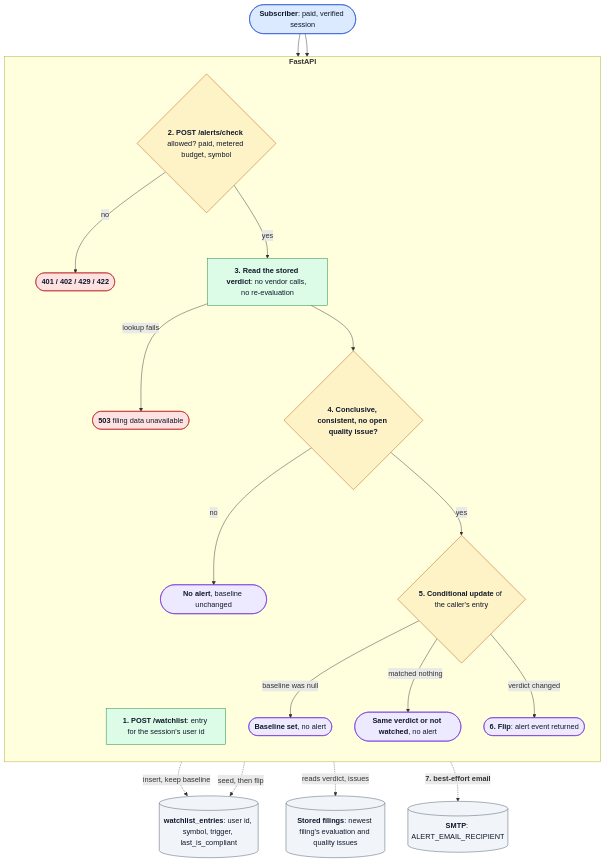
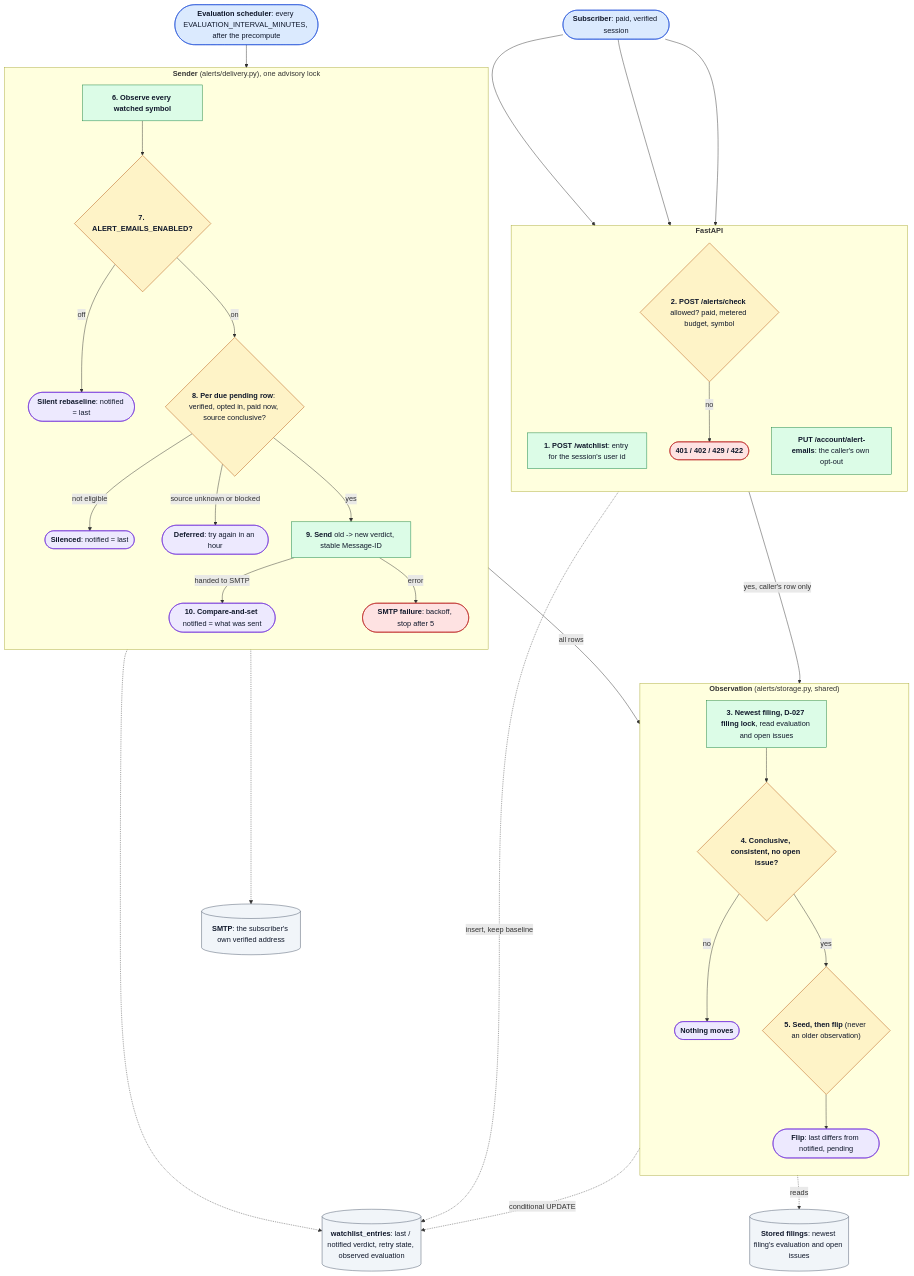
One commit to hamza-aziz-ai/HalalLens changed the tenth of 10 diagrams in docs/FLOW.md. Above: the diagram before and after it, drawn with Mermaid. The commit also changed other lines of this file and 36 other files, not shown here.

First line of the commit message:
feat(alerts): compliance-flip emails go to subscribers (#236)

````diff
--- a/docs/FLOW.md
+++ b/docs/FLOW.md
@@ -664,51 +664,76 @@
 ```mermaid
 flowchart TB
   C(["`**Subscriber**: paid, verified session`"])
-  WL[("`**watchlist_entries**: user id, symbol, trigger, last_is_compliant`")]
-  FIL[("`**Stored filings**: newest filing's evaluation and quality issues`")]
-  MAIL[("`**SMTP**: ALERT_EMAIL_RECIPIENT`")]
+  SCH(["`**Evaluation scheduler**: every EVALUATION_INTERVAL_MINUTES, after the precompute`"])
+  WL[("`**watchlist_entries**: last / notified verdict, retry state, observed evaluation`")]
+  FIL[("`**Stored filings**: newest filing's evaluation and open issues`")]
+  MAIL[("`**SMTP**: the subscriber's own verified address`")]
+
+  subgraph OBS["`**Observation** (alerts/storage.py, shared)`"]
+    direction TB
+    LOCK["`**3. Newest filing, D-027 filing lock**, read evaluation and open issues`"]
+    CONC{"`**4. Conclusive, consistent, no open issue?**`"}
+    NONE(["`**Nothing moves**`"])
+    TRANS{"`**5. Seed, then flip** (never an older observation)`"}
+    PEND(["`**Flip**: last differs from notified, pending`"])
+  end
 
   subgraph API["`**FastAPI**`"]
     direction TB
     ADD["`**1. POST /watchlist**: entry for the session's user id`"]
     CHK{"`**2. POST /alerts/check** allowed? paid, metered budget, symbol`"}
     EDENY(["`**401 / 402 / 429 / 422**`"])
-    READ["`**3. Read the stored verdict**: no vendor calls, no re-evaluation`"]
-    E503(["`**503** filing data unavailable`"])
-    CONC{"`**4. Conclusive, consistent, no open quality issue?**`"}
-    NONE(["`**No alert**, baseline unchanged`"])
-    TRANS{"`**5. Conditional update** of the caller's entry`"}
-    BASE(["`**Baseline set**, no alert`"])
-    SAME(["`**Same verdict or not watched**, no alert`"])
-    FLIP(["`**6. Flip**: alert event returned`"])
+    OPT["`**PUT /account/alert-emails**: the caller's own opt-out`"]
+  end
+
+  subgraph SEND["`**Sender** (alerts/delivery.py), one advisory lock`"]
+    direction TB
+    SW["`**6. Observe every watched symbol**`"]
+    KILL{"`**7. ALERT_EMAILS_ENABLED?**`"}
+    REB(["`**Silent rebaseline**: notified = last`"])
+    GUARD{"`**8. Per due pending row**: verified, opted in, paid now, source conclusive?`"}
+    SIL(["`**Silenced**: notified = last`"])
+    DEF(["`**Deferred**: try again in an hour`"])
+    TX["`**9. Send** old -> new verdict, stable Message-ID`"]
+    ACK(["`**10. Compare-and-set** notified = what was sent`"])
+    FAIL(["`**SMTP failure**: backoff, stop after 5`"])
   end
 
   C --> ADD
   ADD -.->|"`insert, keep baseline`"| WL
   C --> CHK
   CHK -->|"`no`"| EDENY
-  CHK -->|"`yes`"| READ
-  READ -.->|"`reads verdict, issues`"| FIL
-  READ -->|"`lookup fails`"| E503
-  READ --> CONC
+  CHK -->|"`yes, caller's row only`"| LOCK
+  C --> OPT
+  SCH --> SW
+  SW -->|"`all rows`"| LOCK
+  LOCK -.->|"`reads`"| FIL
+  LOCK --> CONC
   CONC -->|"`no`"| NONE
   CONC -->|"`yes`"| TRANS
-  TRANS -.->|"`seed, then flip`"| WL
-  TRANS -->|"`baseline was null`"| BASE
-  TRANS -->|"`matched nothing`"| SAME
-  TRANS -->|"`verdict changed`"| FLIP
-  FLIP -.->|"`**7. best-effort email**`"| MAIL
+  TRANS -.->|"`conditional UPDATE`"| WL
+  TRANS --> PEND
+  SW --> KILL
+  KILL -->|"`off`"| REB
+  KILL -->|"`on`"| GUARD
+  GUARD -->|"`not eligible`"| SIL
+  GUARD -->|"`source unknown or blocked`"| DEF
+  GUARD -->|"`yes`"| TX
+  TX -.-> MAIL
+  TX -->|"`handed to SMTP`"| ACK
+  TX -->|"`error`"| FAIL
+  ACK -.-> WL
 
   classDef ingress fill:#dbeafe,stroke:#1d4ed8,color:#0f172a
   classDef step fill:#dcfce7,stroke:#15803d,color:#0f172a
   classDef decision fill:#fef3c7,stroke:#b45309,color:#0f172a
   classDef outcome fill:#ede9fe,stroke:#6d28d9,color:#0f172a
   classDef store fill:#f1f5f9,stroke:#475569,color:#0f172a
   classDef error fill:#fee2e2,stroke:#b91c1c,color:#0f172a
-  class C ingress
-  class ADD,READ step
-  class CHK,CONC,TRANS decision
-  class NONE,BASE,SAME,FLIP outcome
+  class C,SCH ingress
+  class ADD,OPT,LOCK,SW,TX step
+  class CHK,CONC,TRANS,KILL,GUARD decision
+  class NONE,PEND,REB,SIL,DEF,ACK outcome
   class WL,FIL,MAIL store
-  class EDENY,E503 error
+  class EDENY,FAIL error
 ```
````
